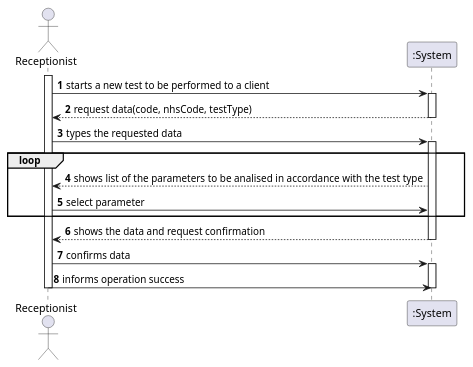
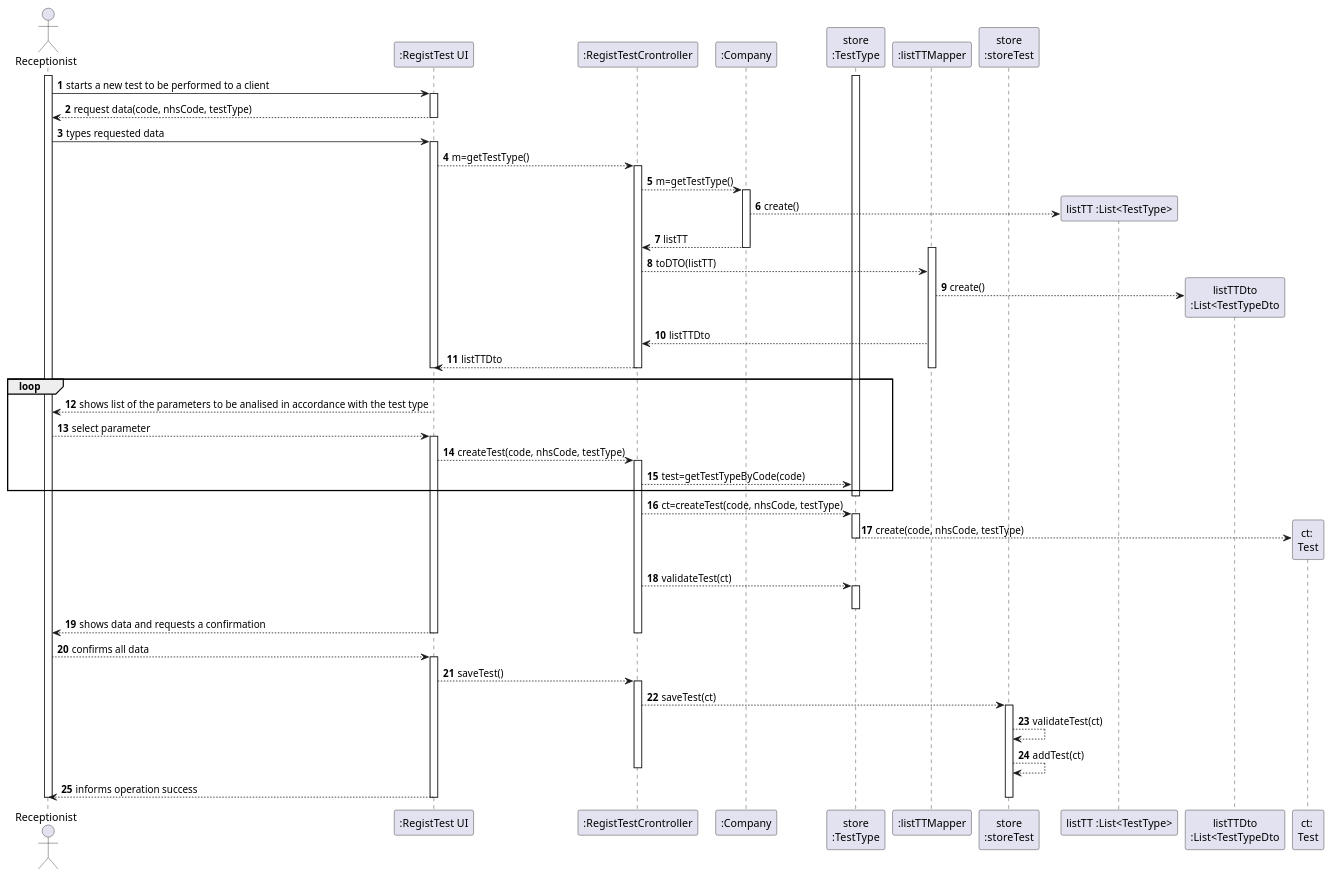
The diagram in docs/SprintC/US4_RegisterTest/US004_SSD.puml (Pedromaia26/LAPR2-ISEP), drawn with PlantUML before and after one commit.

Commit message:
System Sequence Diagram update

```diff
--- a/docs/SprintC/US4_RegisterTest/US004_SSD.puml
+++ b/docs/SprintC/US4_RegisterTest/US004_SSD.puml
@@ -1,26 +1,73 @@
 @startuml
 actor Receptionist as Adm
-participant ":System" as System
+participant ":RegistTest UI" as System
+participant ":RegistTestCrontroller" as RTC
+participant ":Company" as ML
+participant "store\n:TestType" as tt
+participant ":listTTMapper" as ltc
+participant "store\n:storeTest" as test
 
 autonumber
 activate Adm
 Adm -> System: starts a new test to be performed to a client
 activate System
 System --> Adm: request data(code, nhsCode, testType)
 deactivate System
-Adm -> System: types the requested data
+
+Adm -> System: types requested data
 activate System
+System-->RTC: m=getTestType()
+activate RTC
+RTC-->ML: m=getTestType()
+activate ML
+create "listTT :List<TestType>" as listtt
+ML --> listtt: create()
+ML --> RTC: listTT
+deactivate ML
+activate ltc
+RTC --> ltc: toDTO(listTT)
+create "listTTDto\n:List<TestTypeDto" as ltcdt
+ltc --> ltcdt: create()
+ltc --> RTC: listTTDto
+RTC --> System: listTTDto
+deactivate ltc
+deactivate RTC
+deactivate System
+
 
 loop
 System --> Adm: shows list of the parameters to be analised in accordance with the test type
-Adm -> System: select parameter
+Adm --> System: select parameter
+activate System
+
+System --> RTC: createTest(code, nhsCode, testType)
+activate RTC
+RTC --> tt: test=getTestTypeByCode(code)
 end
-
-System --> Adm: shows the data and request confirmation
+activate tt
+deactivate tt
+RTC --> tt: ct=createTest(code, nhsCode, testType)
+activate tt
+create "ct: \nTest" as CT
+tt --> CT: create(code, nhsCode, testType)
+deactivate tt
+RTC --> tt: validateTest(ct)
+activate tt
+deactivate tt
+System --> Adm: shows data and requests a confirmation
+deactivate RTC
 deactivate System
-Adm -> System: confirms data
+Adm --> System: confirms all data
 activate System
-Adm -> System: informs operation success
+System --> RTC: saveTest()
+activate RTC
+RTC --> test: saveTest(ct)
+activate test
+test --> test: validateTest(ct)
+test --> test: addTest(ct)
+deactivate RTC
+System --> Adm: informs operation success
+deactivate test
 deactivate System
 deactivate Adm
 @enduml
```
